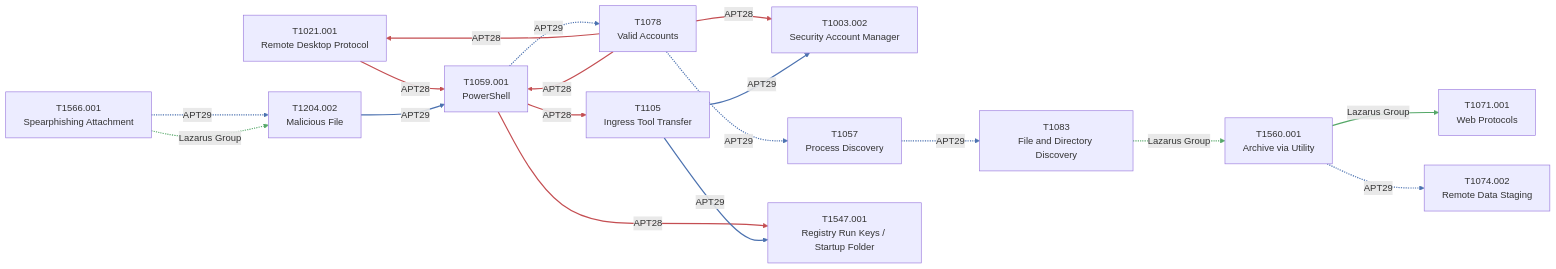
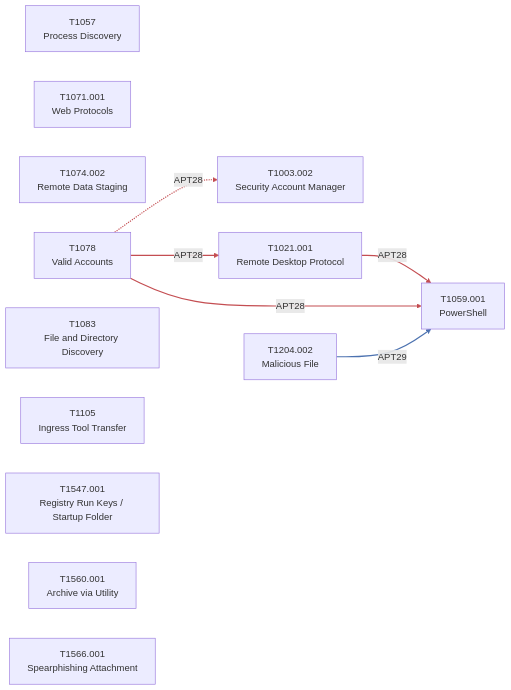
Before and after one commit to HungryBrain-bot/attackKnowledgeGraph: the second of 2 diagrams in README.md, drawn with Mermaid. The commit also changed 22 other files, not shown here.

````diff
--- a/README.md
+++ b/README.md
@@ -178,50 +178,26 @@
 ```mermaid
 flowchart LR
     T_T1003_002["T1003.002<br/>Security Account Manager"]
     T_T1021_001["T1021.001<br/>Remote Desktop Protocol"]
     T_T1057["T1057<br/>Process Discovery"]
     T_T1059_001["T1059.001<br/>PowerShell"]
     T_T1071_001["T1071.001<br/>Web Protocols"]
     T_T1074_002["T1074.002<br/>Remote Data Staging"]
     T_T1078["T1078<br/>Valid Accounts"]
     T_T1083["T1083<br/>File and Directory Discovery"]
     T_T1105["T1105<br/>Ingress Tool Transfer"]
     T_T1204_002["T1204.002<br/>Malicious File"]
     T_T1547_001["T1547.001<br/>Registry Run Keys / Startup Folder"]
     T_T1560_001["T1560.001<br/>Archive via Utility"]
     T_T1566_001["T1566.001<br/>Spearphishing Attachment"]
     T_T1021_001 -->|"APT28"| T_T1059_001
-    T_T1057 -.->|"APT29"| T_T1083
-    T_T1059_001 -.->|"APT29"| T_T1078
-    T_T1059_001 -->|"APT28"| T_T1105
-    T_T1059_001 -->|"APT28"| T_T1547_001
-    T_T1078 -->|"APT28"| T_T1003_002
+    T_T1078 -.->|"APT28"| T_T1003_002
     T_T1078 -->|"APT28"| T_T1021_001
-    T_T1078 -.->|"APT29"| T_T1057
     T_T1078 -->|"APT28"| T_T1059_001
-    T_T1083 -.->|"Lazarus Group"| T_T1560_001
-    T_T1105 -->|"APT29"| T_T1003_002
-    T_T1105 -->|"APT29"| T_T1547_001
     T_T1204_002 -->|"APT29"| T_T1059_001
-    T_T1560_001 -->|"Lazarus Group"| T_T1071_001
-    T_T1560_001 -.->|"APT29"| T_T1074_002
-    T_T1566_001 -.->|"APT29"| T_T1204_002
-    T_T1566_001 -.->|"Lazarus Group"| T_T1204_002
     linkStyle 0 stroke:#C44E52,stroke-width:2px
-    linkStyle 1 stroke:#4C72B0,stroke-width:2px
-    linkStyle 2 stroke:#4C72B0,stroke-width:2px
+    linkStyle 1 stroke:#C44E52,stroke-width:2px
+    linkStyle 2 stroke:#C44E52,stroke-width:2px
     linkStyle 3 stroke:#C44E52,stroke-width:2px
-    linkStyle 4 stroke:#C44E52,stroke-width:2px
-    linkStyle 5 stroke:#C44E52,stroke-width:2px
-    linkStyle 6 stroke:#C44E52,stroke-width:2px
-    linkStyle 7 stroke:#4C72B0,stroke-width:2px
-    linkStyle 8 stroke:#C44E52,stroke-width:2px
-    linkStyle 9 stroke:#55A868,stroke-width:2px
-    linkStyle 10 stroke:#4C72B0,stroke-width:2px
-    linkStyle 11 stroke:#4C72B0,stroke-width:2px
-    linkStyle 12 stroke:#4C72B0,stroke-width:2px
-    linkStyle 13 stroke:#55A868,stroke-width:2px
-    linkStyle 14 stroke:#4C72B0,stroke-width:2px
-    linkStyle 15 stroke:#4C72B0,stroke-width:2px
-    linkStyle 16 stroke:#55A868,stroke-width:2px
+    linkStyle 4 stroke:#4C72B0,stroke-width:2px
 ```
````
